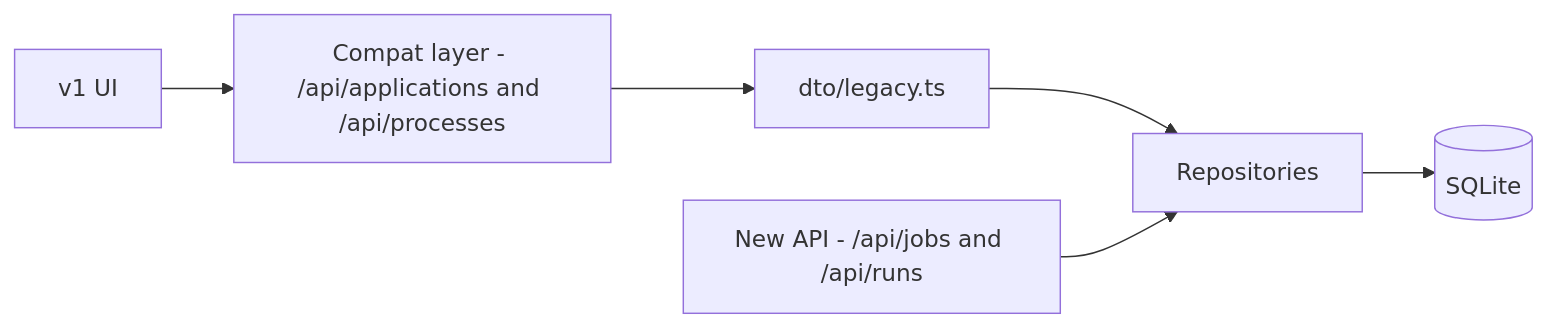
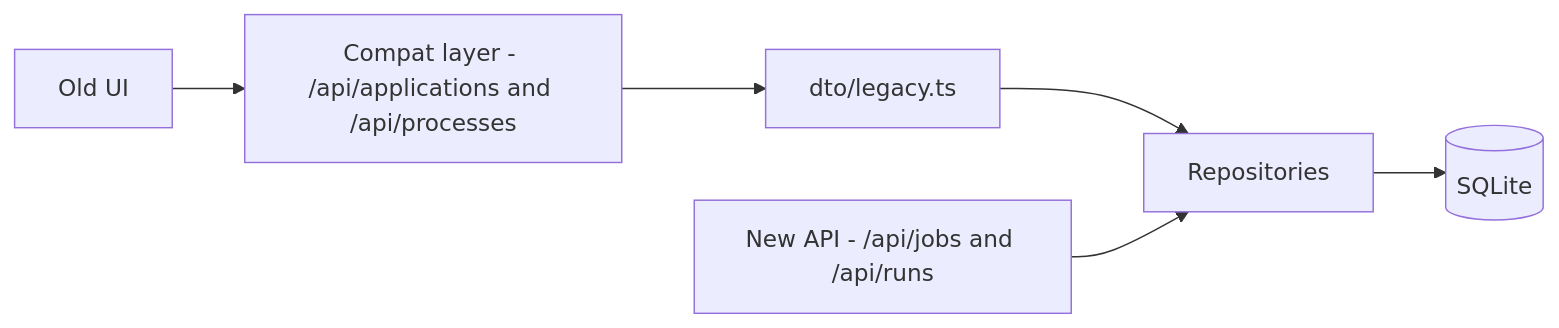
One commit to HDias/job-search changed the seventh of 8 diagrams in docs/architecture.md. Above: the diagram before and after it, drawn with Mermaid. The commit also changed other lines of this file and 13 other files, not shown here.

````diff
--- a/docs/architecture.md
+++ b/docs/architecture.md
@@ -194,15 +257,15 @@
 ```mermaid
 flowchart LR
-  V1UI["v1 UI"]
+  V1UI["Old UI"]
   NEW["New API - /api/jobs and /api/runs"]
   COMPAT["Compat layer - /api/applications and /api/processes"]
   DTO["dto/legacy.ts"]
   REPO["Repositories"]
   DB[("SQLite")]
 
   V1UI --> COMPAT
   COMPAT --> DTO
   DTO --> REPO
   NEW --> REPO
   REPO --> DB
 ```
````
